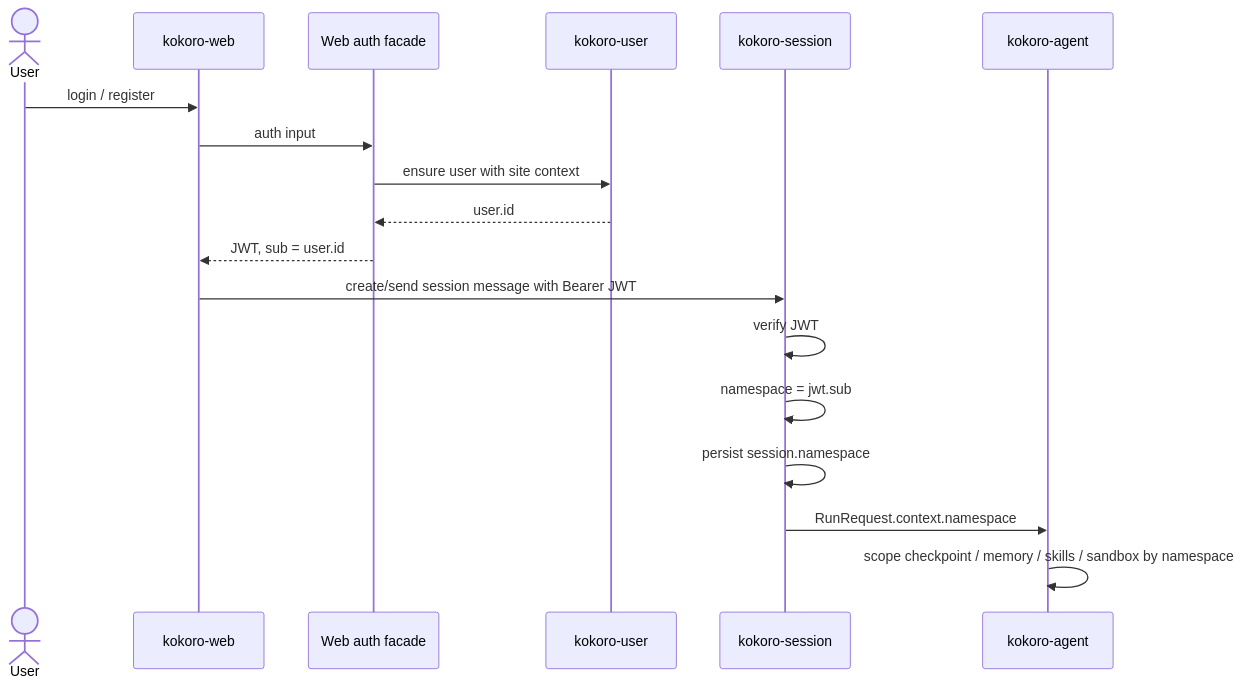
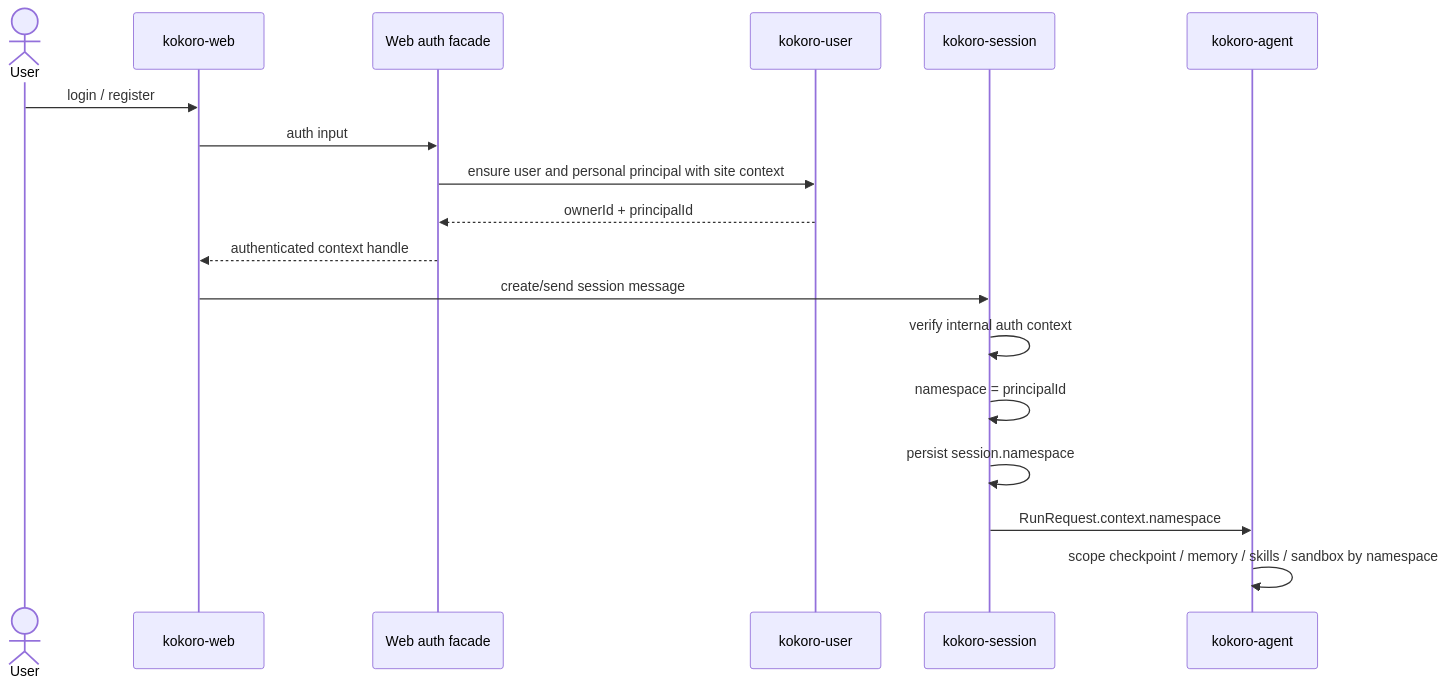
One commit to LordFoxFairy/Kokoro changed the third of 10 diagrams in docs/kokoro-handbook/technical/18-capability-namespace-auth-sandbox-artifacts.md. Above: the diagram before and after it, drawn with Mermaid. The commit also changed other lines of this file and 6 other files, not shown here.

````diff
--- a/docs/kokoro-handbook/technical/18-capability-namespace-auth-sandbox-artifacts.md
+++ b/docs/kokoro-handbook/technical/18-capability-namespace-auth-sandbox-artifacts.md
@@ -304,21 +695,21 @@
 ```mermaid
 sequenceDiagram
   actor U as User
   participant W as kokoro-web
   participant A as Web auth facade
   participant KU as kokoro-user
   participant S as kokoro-session
   participant GA as kokoro-agent
 
   U->>W: login / register
   W->>A: auth input
-  A->>KU: ensure user with site context
-  KU-->>A: user.id
-  A-->>W: JWT, sub = user.id
-  W->>S: create/send session message with Bearer JWT
-  S->>S: verify JWT
-  S->>S: namespace = jwt.sub
+  A->>KU: ensure user and personal principal with site context
+  KU-->>A: ownerId + principalId
+  A-->>W: authenticated context handle
+  W->>S: create/send session message
+  S->>S: verify internal auth context
+  S->>S: namespace = principalId
   S->>S: persist session.namespace
   S->>GA: RunRequest.context.namespace
   GA->>GA: scope checkpoint / memory / skills / sandbox by namespace
 ```
````
